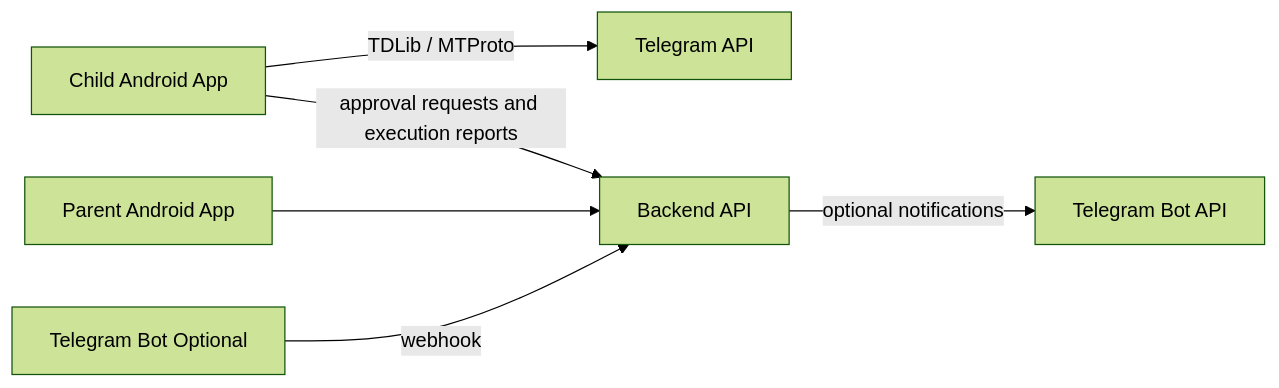
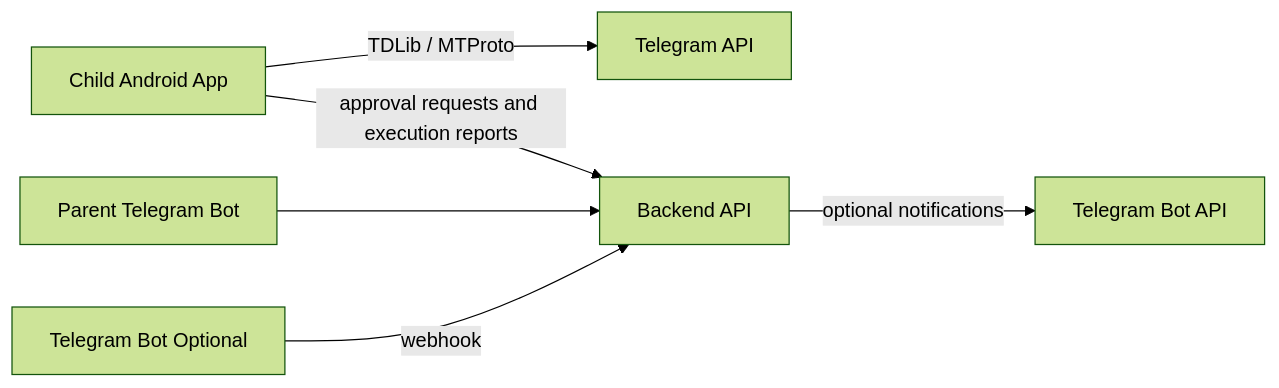
Before and after one commit to ivanvsobolev-devops/TelegramKidsProject: the first of 3 diagrams in docs/architecture/telegram-integration-architecture.md, drawn with Mermaid (forest theme). The commit also changed 14 other files, not shown here.

Commit message:
feat: update MVP architecture and defer parent app to V2; integrate Telegram Bot for approval process

````diff
--- a/docs/architecture/telegram-integration-architecture.md
+++ b/docs/architecture/telegram-integration-architecture.md
@@ -9,8 +9,8 @@
 ```mermaid
 flowchart LR
     Child[Child Android App] -->|TDLib / MTProto| TelegramApi[Telegram API]
     Child -->|approval requests and execution reports| Backend[Backend API]
-    Parent[Parent Android App] --> Backend
+    Parent[Parent Telegram Bot] --> Backend
     Bot[Telegram Bot Optional] -->|webhook| Backend
     Backend -->|optional notifications| BotApi[Telegram Bot API]
 ```
````
